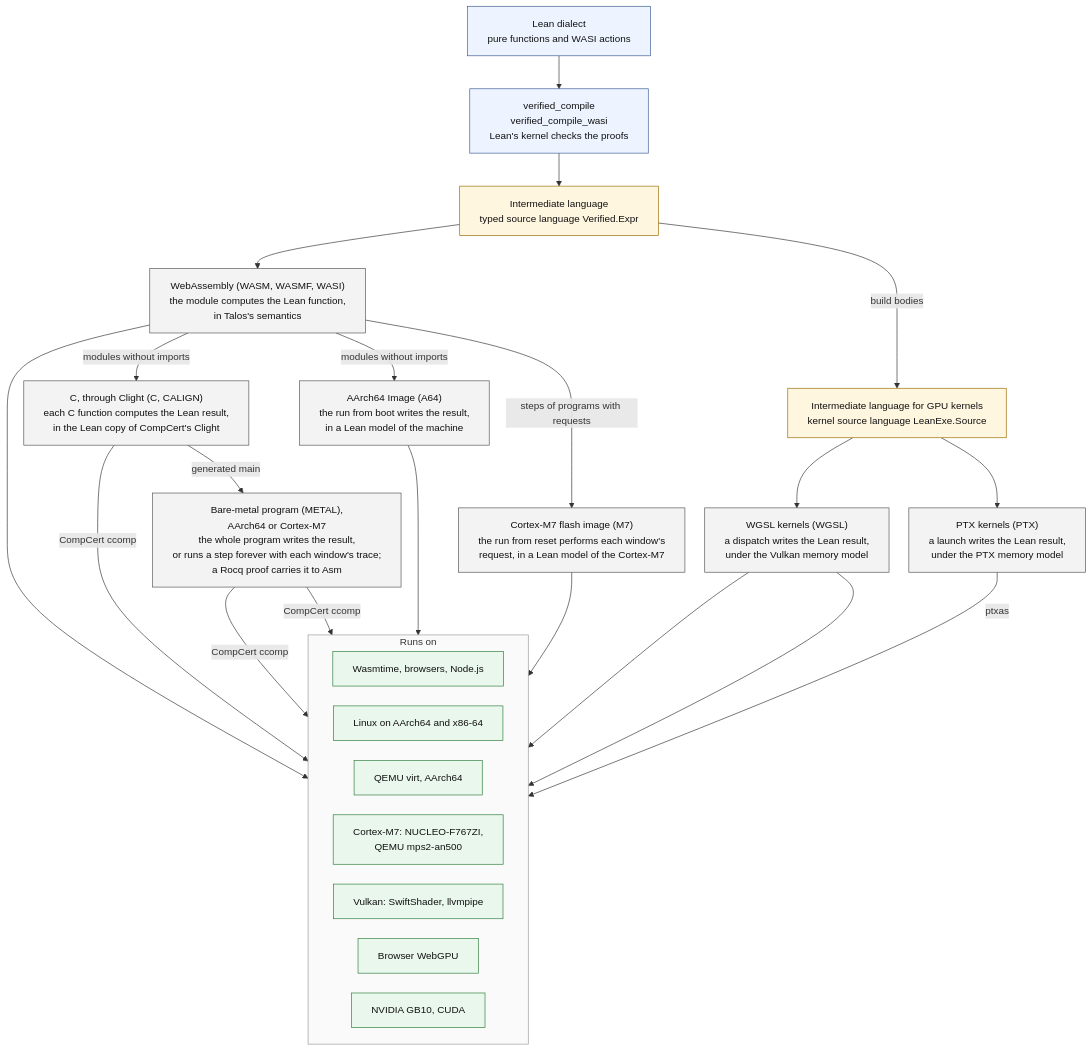
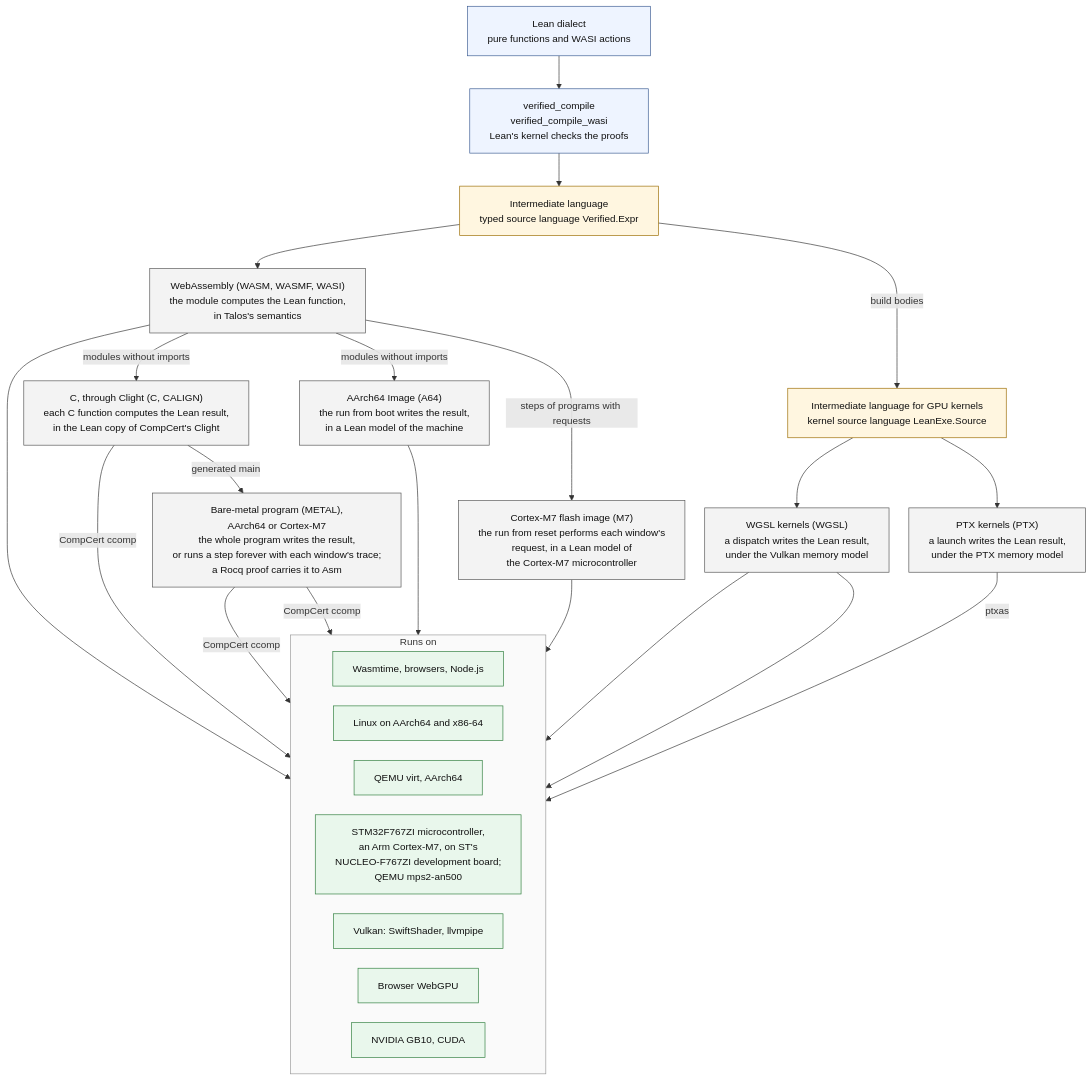
The diagram in docs/toolchain-summary.mmd (jsmorph/leanexe), drawn with Mermaid before and after one commit. The commit also changed 20 other files, not shown here.

```diff
--- a/docs/toolchain-summary.mmd
+++ b/docs/toolchain-summary.mmd
@@ -1,55 +1,55 @@
 %%{init: {"flowchart": {"htmlLabels": true, "curve": "basis", "nodeSpacing": 30, "rankSpacing": 50, "wrappingWidth": 340}, "themeVariables": {"fontSize": "15px", "clusterBkg": "#fafafa", "clusterBorder": "#999999"}}}%%
 flowchart TB
   SRC["Lean dialect<br/>pure functions and WASI actions"]
   REF["verified_compile<br/>verified_compile_wasi<br/>Lean's kernel checks the proofs"]
 
   EXPR["Intermediate language<br/>typed source language Verified.Expr"]
   KSRC["Intermediate language for GPU kernels<br/>kernel source language LeanExe.Source"]
 
   WASM["WebAssembly (WASM, WASMF, WASI)<br/>the module computes the Lean function,<br/>in Talos's semantics"]
   C["C, through Clight (C, CALIGN)<br/>each C function computes the Lean result,<br/>in the Lean copy of CompCert's Clight"]
   BARE["Bare-metal program (METAL),<br/>AArch64 or Cortex-M7<br/>the whole program writes the result,<br/>or runs a step forever with each window's trace;<br/>a Rocq proof carries it to Asm"]
   A64["AArch64 Image (A64)<br/>the run from boot writes the result,<br/>in a Lean model of the machine"]
-  M7["Cortex-M7 flash image (M7)<br/>the run from reset performs each window's<br/>request, in a Lean model of the Cortex-M7"]
+  M7["Cortex-M7 flash image (M7)<br/>the run from reset performs each window's<br/>request, in a Lean model of<br/>the Cortex-M7 microcontroller"]
   WGSL["WGSL kernels (WGSL)<br/>a dispatch writes the Lean result,<br/>under the Vulkan memory model"]
   PTX["PTX kernels (PTX)<br/>a launch writes the Lean result,<br/>under the PTX memory model"]
 
   subgraph RUN["Runs on"]
     direction LR
     T1["Wasmtime, browsers, Node.js"]
     T2["Linux on AArch64 and x86-64"]
     T3["QEMU virt, AArch64"]
-    T7["Cortex-M7: NUCLEO-F767ZI,<br/>QEMU mps2-an500"]
+    T7["STM32F767ZI microcontroller,<br/>an Arm Cortex-M7, on ST's<br/>NUCLEO-F767ZI development board;<br/>QEMU mps2-an500"]
     T4["Vulkan: SwiftShader, llvmpipe"]
     T6["Browser WebGPU"]
     T5["NVIDIA GB10, CUDA"]
   end
 
   SRC --> REF --> EXPR
   EXPR -- "build bodies" --> KSRC
   EXPR --> WASM
   WASM -- "modules without imports" --> C
   C -- "generated main" --> BARE
   WASM -- "modules without imports" --> A64
   KSRC --> WGSL
   KSRC --> PTX
   WASM --> T1
   C -- "CompCert ccomp" --> T2
   BARE -- "CompCert ccomp" --> T3
   BARE -- "CompCert ccomp" --> T7
   A64 ~~~ BARE
   A64 --> T3
   WASM -- "steps of programs with requests" --> M7
   M7 --> T7
   WGSL --> T4
   WGSL --> T6
   PTX -- "ptxas" --> T5
 
   classDef src fill:#eef4ff,stroke:#3b5b92,color:#111
   classDef ir fill:#fff6e0,stroke:#9a6b00,color:#111
   classDef back fill:#f3f3f3,stroke:#555,color:#111
   classDef run fill:#e9f7ec,stroke:#2e7d3c,color:#111
   class SRC,REF src
   class EXPR,KSRC ir
   class WASM,C,BARE,A64,M7,WGSL,PTX back
   class T1,T2,T3,T4,T5,T6,T7 run
```
